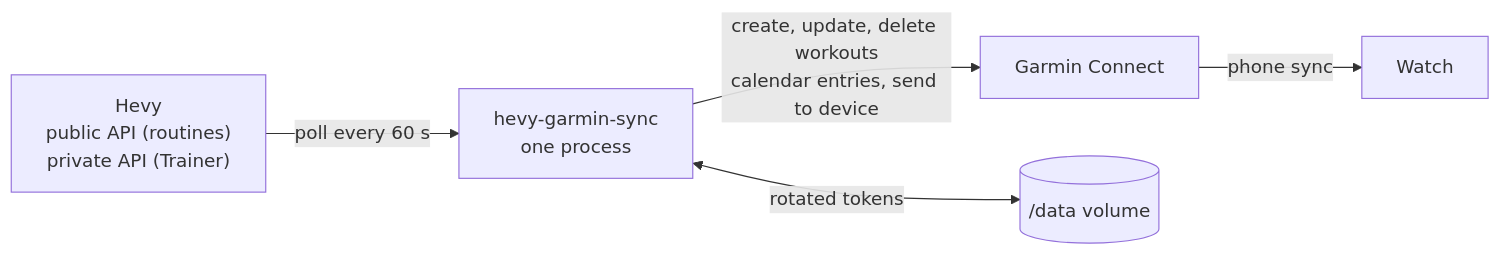
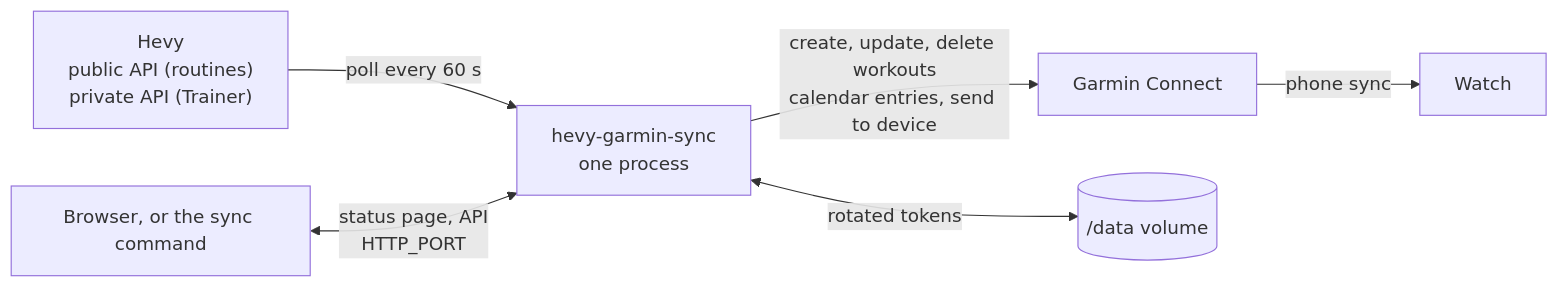
The diagram in docs/ARCHITECTURE.md (zimmertr/hevy-garmin-sync), drawn with Mermaid before and after one commit. The commit also changed other lines of this file and 52 other files, not shown here.

First line of the commit message:
feat: a status page with Sync and Force buttons, and a sync command (#59)

````diff
--- a/docs/ARCHITECTURE.md
+++ b/docs/ARCHITECTURE.md
@@ -21,7 +23,8 @@
 ```mermaid
 flowchart LR
   hevy["Hevy<br/>public API (routines)<br/>private API (Trainer)"] -->|poll every 60 s| app["hevy-garmin-sync<br/>one process"]
   app -->|create, update, delete workouts<br/>calendar entries, send to device| garmin["Garmin Connect"]
   garmin -->|phone sync| watch["Watch"]
   app <-->|rotated tokens| data[("/data volume")]
+  browser["Browser, or the sync command"] <-->|status page, API<br/>HTTP_PORT| app
 ```
````
